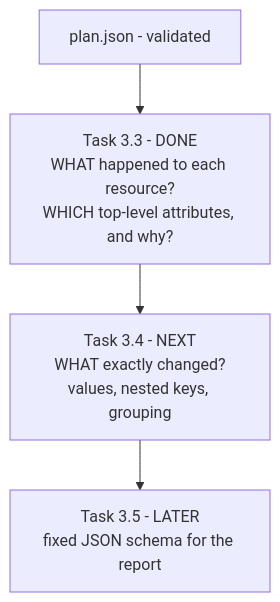
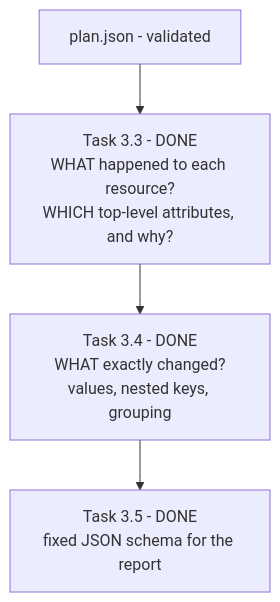
One commit to HarshAgarwal1102/ai-terraform-drift-detector changed the eighth of 11 diagrams in docs/MASTER_PROJECT_GUIDE.md. Above: the diagram before and after it, drawn with Mermaid. The commit also changed other lines of this file and 3 other files, not shown here.

````diff
--- a/docs/MASTER_PROJECT_GUIDE.md
+++ b/docs/MASTER_PROJECT_GUIDE.md
@@ -949,6 +981,6 @@
 ```mermaid
 flowchart TD
     E["plan.json - validated"] --> C33["Task 3.3 - DONE<br/>WHAT happened to each resource?<br/>WHICH top-level attributes, and why?"]
-    C33 --> C34["Task 3.4 - NEXT<br/>WHAT exactly changed?<br/>values, nested keys, grouping"]
-    C34 --> C35["Task 3.5 - LATER<br/>fixed JSON schema for the report"]
+    C33 --> C34["Task 3.4 - DONE<br/>WHAT exactly changed?<br/>values, nested keys, grouping"]
+    C34 --> C35["Task 3.5 - DONE<br/>fixed JSON schema for the report"]
 ```
````
